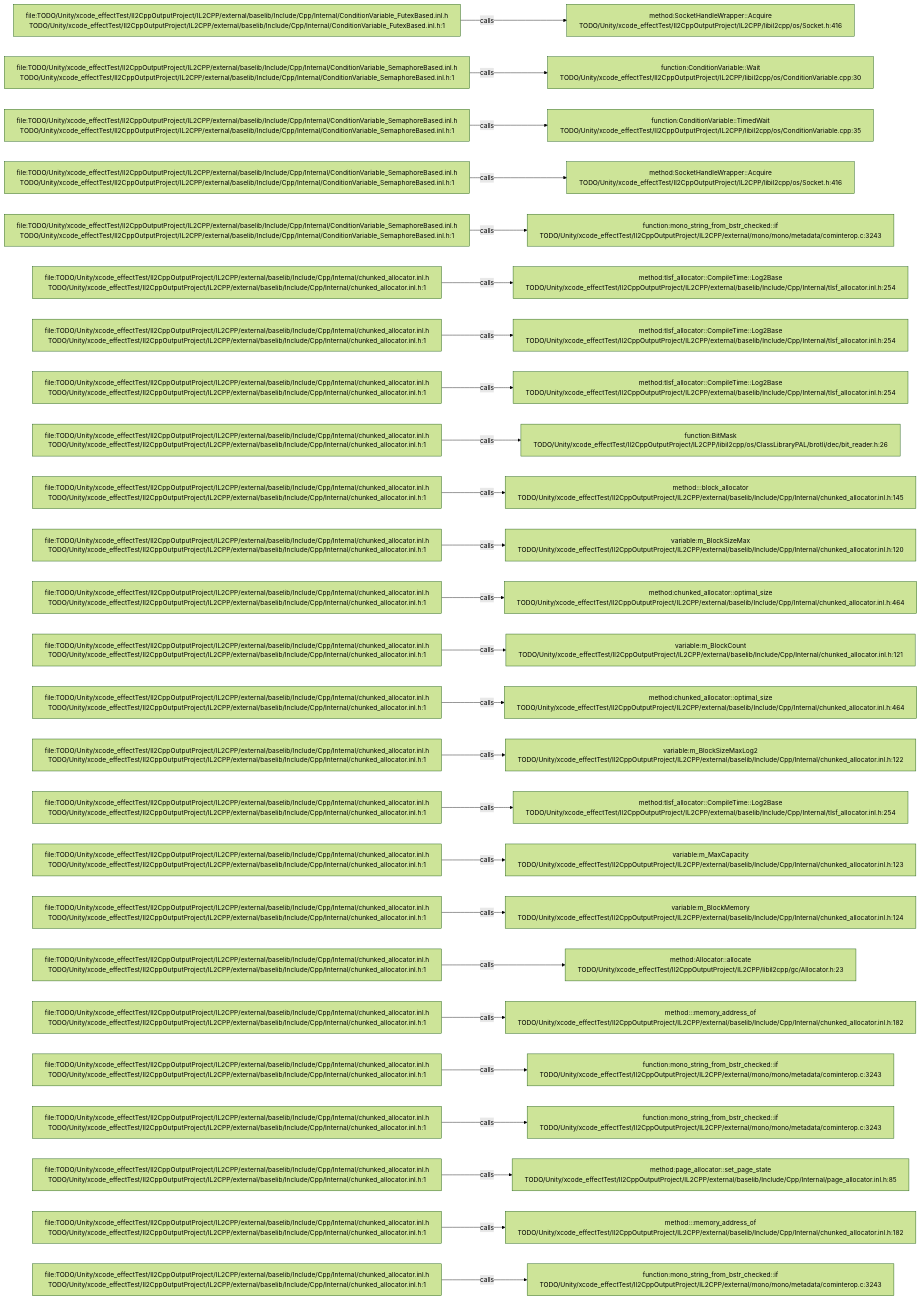
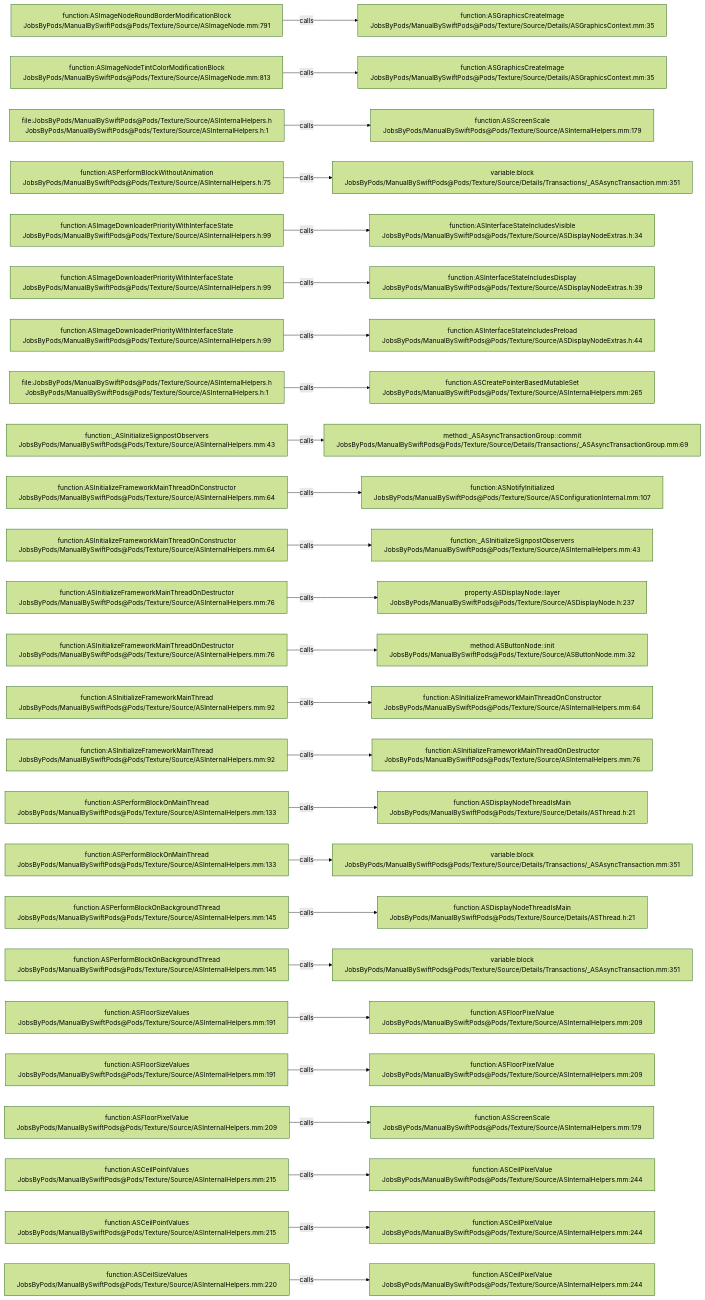
Before and after one commit to JobsKits/JobsSwiftBaseConfigDemo: the diagram in .codegraph/codegraph.md/graphs/calls-062.md, drawn with Mermaid (forest theme). The commit also changed 2959 other files, not shown here.

````diff
--- a/.codegraph/codegraph.md/graphs/calls-062.md
+++ b/.codegraph/codegraph.md/graphs/calls-062.md
@@ -13,78 +13,78 @@
 ```mermaid
 flowchart LR
-  S1["file:TODO/Unity/xcode_effectTest/Il2CppOutputProject/IL2CPP/external/baselib/Include/Cpp/Internal/ConditionVariable_FutexBased.inl.h<br/>TODO/Unity/xcode_effectTest/Il2CppOutputProject/IL2CPP/external/baselib/Include/Cpp/Internal/ConditionVariable_FutexBased.inl.h:1"]
-  T1["method:SocketHandleWrapper::Acquire<br/>TODO/Unity/xcode_effectTest/Il2CppOutputProject/IL2CPP/libil2cpp/os/Socket.h:416"]
+  S1["function:ASImageNodeRoundBorderModificationBlock<br/>JobsByPods/ManualBySwiftPods@Pods/Texture/Source/ASImageNode.mm:791"]
+  T1["function:ASGraphicsCreateImage<br/>JobsByPods/ManualBySwiftPods@Pods/Texture/Source/Details/ASGraphicsContext.mm:35"]
   S1 -->|calls| T1
-  S2["file:TODO/Unity/xcode_effectTest/Il2CppOutputProject/IL2CPP/external/baselib/Include/Cpp/Internal/ConditionVariable_SemaphoreBased.inl.h<br/>TODO/Unity/xcode_effectTest/Il2CppOutputProject/IL2CPP/external/baselib/Include/Cpp/Internal/ConditionVariable_SemaphoreBased.inl.h:1"]
-  T2["function:ConditionVariable::Wait<br/>TODO/Unity/xcode_effectTest/Il2CppOutputProject/IL2CPP/libil2cpp/os/ConditionVariable.cpp:30"]
+  S2["function:ASImageNodeTintColorModificationBlock<br/>JobsByPods/ManualBySwiftPods@Pods/Texture/Source/ASImageNode.mm:813"]
+  T2["function:ASGraphicsCreateImage<br/>JobsByPods/ManualBySwiftPods@Pods/Texture/Source/Details/ASGraphicsContext.mm:35"]
   S2 -->|calls| T2
-  S3["file:TODO/Unity/xcode_effectTest/Il2CppOutputProject/IL2CPP/external/baselib/Include/Cpp/Internal/ConditionVariable_SemaphoreBased.inl.h<br/>TODO/Unity/xcode_effectTest/Il2CppOutputProject/IL2CPP/external/baselib/Include/Cpp/Internal/ConditionVariable_SemaphoreBased.inl.h:1"]
-  T3["function:ConditionVariable::TimedWait<br/>TODO/Unity/xcode_effectTest/Il2CppOutputProject/IL2CPP/libil2cpp/os/ConditionVariable.cpp:35"]
+  S3["file:JobsByPods/ManualBySwiftPods@Pods/Texture/Source/ASInternalHelpers.h<br/>JobsByPods/ManualBySwiftPods@Pods/Texture/Source/ASInternalHelpers.h:1"]
+  T3["function:ASScreenScale<br/>JobsByPods/ManualBySwiftPods@Pods/Texture/Source/ASInternalHelpers.mm:179"]
   S3 -->|calls| T3
-  S4["file:TODO/Unity/xcode_effectTest/Il2CppOutputProject/IL2CPP/external/baselib/Include/Cpp/Internal/ConditionVariable_SemaphoreBased.inl.h<br/>TODO/Unity/xcode_effectTest/Il2CppOutputProject/IL2CPP/external/baselib/Include/Cpp/Internal/ConditionVariable_SemaphoreBased.inl.h:1"]
-  T4["method:SocketHandleWrapper::Acquire<br/>TODO/Unity/xcode_effectTest/Il2CppOutputProject/IL2CPP/libil2cpp/os/Socket.h:416"]
+  S4["function:ASPerformBlockWithoutAnimation<br/>JobsByPods/ManualBySwiftPods@Pods/Texture/Source/ASInternalHelpers.h:75"]
+  T4["variable:block<br/>JobsByPods/ManualBySwiftPods@Pods/Texture/Source/Details/Transactions/_ASAsyncTransaction.mm:351"]
   S4 -->|calls| T4
-  S5["file:TODO/Unity/xcode_effectTest/Il2CppOutputProject/IL2CPP/external/baselib/Include/Cpp/Internal/ConditionVariable_SemaphoreBased.inl.h<br/>TODO/Unity/xcode_effectTest/Il2CppOutputProject/IL2CPP/external/baselib/Include/Cpp/Internal/ConditionVariable_SemaphoreBased.inl.h:1"]
-  T5["function:mono_string_from_bstr_checked::if<br/>TODO/Unity/xcode_effectTest/Il2CppOutputProject/IL2CPP/external/mono/mono/metadata/cominterop.c:3243"]
+  S5["function:ASImageDownloaderPriorityWithInterfaceState<br/>JobsByPods/ManualBySwiftPods@Pods/Texture/Source/ASInternalHelpers.h:99"]
+  T5["function:ASInterfaceStateIncludesVisible<br/>JobsByPods/ManualBySwiftPods@Pods/Texture/Source/ASDisplayNodeExtras.h:34"]
   S5 -->|calls| T5
-  S6["file:TODO/Unity/xcode_effectTest/Il2CppOutputProject/IL2CPP/external/baselib/Include/Cpp/Internal/chunked_allocator.inl.h<br/>TODO/Unity/xcode_effectTest/Il2CppOutputProject/IL2CPP/external/baselib/Include/Cpp/Internal/chunked_allocator.inl.h:1"]
-  T6["method:tlsf_allocator::CompileTime::Log2Base<br/>TODO/Unity/xcode_effectTest/Il2CppOutputProject/IL2CPP/external/baselib/Include/Cpp/Internal/tlsf_allocator.inl.h:254"]
+  S6["function:ASImageDownloaderPriorityWithInterfaceState<br/>JobsByPods/ManualBySwiftPods@Pods/Texture/Source/ASInternalHelpers.h:99"]
+  T6["function:ASInterfaceStateIncludesDisplay<br/>JobsByPods/ManualBySwiftPods@Pods/Texture/Source/ASDisplayNodeExtras.h:39"]
   S6 -->|calls| T6
-  S7["file:TODO/Unity/xcode_effectTest/Il2CppOutputProject/IL2CPP/external/baselib/Include/Cpp/Internal/chunked_allocator.inl.h<br/>TODO/Unity/xcode_effectTest/Il2CppOutputProject/IL2CPP/external/baselib/Include/Cpp/Internal/chunked_allocator.inl.h:1"]
-  T7["method:tlsf_allocator::CompileTime::Log2Base<br/>TODO/Unity/xcode_effectTest/Il2CppOutputProject/IL2CPP/external/baselib/Include/Cpp/Internal/tlsf_allocator.inl.h:254"]
+  S7["function:ASImageDownloaderPriorityWithInterfaceState<br/>JobsByPods/ManualBySwiftPods@Pods/Texture/Source/ASInternalHelpers.h:99"]
+  T7["function:ASInterfaceStateIncludesPreload<br/>JobsByPods/ManualBySwiftPods@Pods/Texture/Source/ASDisplayNodeExtras.h:44"]
   S7 -->|calls| T7
-  S8["file:TODO/Unity/xcode_effectTest/Il2CppOutputProject/IL2CPP/external/baselib/Include/Cpp/Internal/chunked_allocator.inl.h<br/>TODO/Unity/xcode_effectTest/Il2CppOutputProject/IL2CPP/external/baselib/Include/Cpp/Internal/chunked_allocator.inl.h:1"]
-  T8["method:tlsf_allocator::CompileTime::Log2Base<br/>TODO/Unity/xcode_effectTest/Il2CppOutputProject/IL2CPP/external/baselib/Include/Cpp/Internal/tlsf_allocator.inl.h:254"]
+  S8["file:JobsByPods/ManualBySwiftPods@Pods/Texture/Source/ASInternalHelpers.h<br/>JobsByPods/ManualBySwiftPods@Pods/Texture/Source/ASInternalHelpers.h:1"]
+  T8["function:ASCreatePointerBasedMutableSet<br/>JobsByPods/ManualBySwiftPods@Pods/Texture/Source/ASInternalHelpers.mm:265"]
   S8 -->|calls| T8
-  S9["file:TODO/Unity/xcode_effectTest/Il2CppOutputProject/IL2CPP/external/baselib/Include/Cpp/Internal/chunked_allocator.inl.h<br/>TODO/Unity/xcode_effectTest/Il2CppOutputProject/IL2CPP/external/baselib/Include/Cpp/Internal/chunked_allocator.inl.h:1"]
-  T9["function:BitMask<br/>TODO/Unity/xcode_effectTest/Il2CppOutputProject/IL2CPP/libil2cpp/os/ClassLibraryPAL/brotli/dec/bit_reader.h:26"]
+  S9["function:_ASInitializeSignpostObservers<br/>JobsByPods/ManualBySwiftPods@Pods/Texture/Source/ASInternalHelpers.mm:43"]
+  T9["method:_ASAsyncTransactionGroup::commit<br/>JobsByPods/ManualBySwiftPods@Pods/Texture/Source/Details/Transactions/_ASAsyncTransactionGroup.mm:69"]
   S9 -->|calls| T9
-  S10["file:TODO/Unity/xcode_effectTest/Il2CppOutputProject/IL2CPP/external/baselib/Include/Cpp/Internal/chunked_allocator.inl.h<br/>TODO/Unity/xcode_effectTest/Il2CppOutputProject/IL2CPP/external/baselib/Include/Cpp/Internal/chunked_allocator.inl.h:1"]
-  T10["method:<anonymous>::block_allocator<br/>TODO/Unity/xcode_effectTest/Il2CppOutputProject/IL2CPP/external/baselib/Include/Cpp/Internal/chunked_allocator.inl.h:145"]
+  S10["function:ASInitializeFrameworkMainThreadOnConstructor<br/>JobsByPods/ManualBySwiftPods@Pods/Texture/Source/ASInternalHelpers.mm:64"]
+  T10["function:ASNotifyInitialized<br/>JobsByPods/ManualBySwiftPods@Pods/Texture/Source/ASConfigurationInternal.mm:107"]
   S10 -->|calls| T10
-  S11["file:TODO/Unity/xcode_effectTest/Il2CppOutputProject/IL2CPP/external/baselib/Include/Cpp/Internal/chunked_allocator.inl.h<br/>TODO/Unity/xcode_effectTest/Il2CppOutputProject/IL2CPP/external/baselib/Include/Cpp/Internal/chunked_allocator.inl.h:1"]
-  T11["variable:m_BlockSizeMax<br/>TODO/Unity/xcode_effectTest/Il2CppOutputProject/IL2CPP/external/baselib/Include/Cpp/Internal/chunked_allocator.inl.h:120"]
+  S11["function:ASInitializeFrameworkMainThreadOnConstructor<br/>JobsByPods/ManualBySwiftPods@Pods/Texture/Source/ASInternalHelpers.mm:64"]
+  T11["function:_ASInitializeSignpostObservers<br/>JobsByPods/ManualBySwiftPods@Pods/Texture/Source/ASInternalHelpers.mm:43"]
   S11 -->|calls| T11
-  S12["file:TODO/Unity/xcode_effectTest/Il2CppOutputProject/IL2CPP/external/baselib/Include/Cpp/Internal/chunked_allocator.inl.h<br/>TODO/Unity/xcode_effectTest/Il2CppOutputProject/IL2CPP/external/baselib/Include/Cpp/Internal/chunked_allocator.inl.h:1"]
-  T12["method:chunked_allocator::optimal_size<br/>TODO/Unity/xcode_effectTest/Il2CppOutputProject/IL2CPP/external/baselib/Include/Cpp/Internal/chunked_allocator.inl.h:464"]
+  S12["function:ASInitializeFrameworkMainThreadOnDestructor<br/>JobsByPods/ManualBySwiftPods@Pods/Texture/Source/ASInternalHelpers.mm:76"]
+  T12["property:ASDisplayNode::layer<br/>JobsByPods/ManualBySwiftPods@Pods/Texture/Source/ASDisplayNode.h:237"]
   S12 -->|calls| T12
-  S13["file:TODO/Unity/xcode_effectTest/Il2CppOutputProject/IL2CPP/external/baselib/Include/Cpp/Internal/chunked_allocator.inl.h<br/>TODO/Unity/xcode_effectTest/Il2CppOutputProject/IL2CPP/external/baselib/Include/Cpp/Internal/chunked_allocator.inl.h:1"]
-  T13["variable:m_BlockCount<br/>TODO/Unity/xcode_effectTest/Il2CppOutputProject/IL2CPP/external/baselib/Include/Cpp/Internal/chunked_allocator.inl.h:121"]
+  S13["function:ASInitializeFrameworkMainThreadOnDestructor<br/>JobsByPods/ManualBySwiftPods@Pods/Texture/Source/ASInternalHelpers.mm:76"]
+  T13["method:ASButtonNode::init<br/>JobsByPods/ManualBySwiftPods@Pods/Texture/Source/ASButtonNode.mm:32"]
   S13 -->|calls| T13
-  S14["file:TODO/Unity/xcode_effectTest/Il2CppOutputProject/IL2CPP/external/baselib/Include/Cpp/Internal/chunked_allocator.inl.h<br/>TODO/Unity/xcode_effectTest/Il2CppOutputProject/IL2CPP/external/baselib/Include/Cpp/Internal/chunked_allocator.inl.h:1"]
-  T14["method:chunked_allocator::optimal_size<br/>TODO/Unity/xcode_effectTest/Il2CppOutputProject/IL2CPP/external/baselib/Include/Cpp/Internal/chunked_allocator.inl.h:464"]
+  S14["function:ASInitializeFrameworkMainThread<br/>JobsByPods/ManualBySwiftPods@Pods/Texture/Source/ASInternalHelpers.mm:92"]
+  T14["function:ASInitializeFrameworkMainThreadOnConstructor<br/>JobsByPods/ManualBySwiftPods@Pods/Texture/Source/ASInternalHelpers.mm:64"]
   S14 -->|calls| T14
-  S15["file:TODO/Unity/xcode_effectTest/Il2CppOutputProject/IL2CPP/external/baselib/Include/Cpp/Internal/chunked_allocator.inl.h<br/>TODO/Unity/xcode_effectTest/Il2CppOutputProject/IL2CPP/external/baselib/Include/Cpp/Internal/chunked_allocator.inl.h:1"]
-  T15["variable:m_BlockSizeMaxLog2<br/>TODO/Unity/xcode_effectTest/Il2CppOutputProject/IL2CPP/external/baselib/Include/Cpp/Internal/chunked_allocator.inl.h:122"]
+  S15["function:ASInitializeFrameworkMainThread<br/>JobsByPods/ManualBySwiftPods@Pods/Texture/Source/ASInternalHelpers.mm:92"]
+  T15["function:ASInitializeFrameworkMainThreadOnDestructor<br/>JobsByPods/ManualBySwiftPods@Pods/Texture/Source/ASInternalHelpers.mm:76"]
   S15 -->|calls| T15
-  S16["file:TODO/Unity/xcode_effectTest/Il2CppOutputProject/IL2CPP/external/baselib/Include/Cpp/Internal/chunked_allocator.inl.h<br/>TODO/Unity/xcode_effectTest/Il2CppOutputProject/IL2CPP/external/baselib/Include/Cpp/Internal/chunked_allocator.inl.h:1"]
-  T16["method:tlsf_allocator::CompileTime::Log2Base<br/>TODO/Unity/xcode_effectTest/Il2CppOutputProject/IL2CPP/external/baselib/Include/Cpp/Internal/tlsf_allocator.inl.h:254"]
+  S16["function:ASPerformBlockOnMainThread<br/>JobsByPods/ManualBySwiftPods@Pods/Texture/Source/ASInternalHelpers.mm:133"]
+  T16["function:ASDisplayNodeThreadIsMain<br/>JobsByPods/ManualBySwiftPods@Pods/Texture/Source/Details/ASThread.h:21"]
   S16 -->|calls| T16
-  S17["file:TODO/Unity/xcode_effectTest/Il2CppOutputProject/IL2CPP/external/baselib/Include/Cpp/Internal/chunked_allocator.inl.h<br/>TODO/Unity/xcode_effectTest/Il2CppOutputProject/IL2CPP/external/baselib/Include/Cpp/Internal/chunked_allocator.inl.h:1"]
-  T17["variable:m_MaxCapacity<br/>TODO/Unity/xcode_effectTest/Il2CppOutputProject/IL2CPP/external/baselib/Include/Cpp/Internal/chunked_allocator.inl.h:123"]
+  S17["function:ASPerformBlockOnMainThread<br/>JobsByPods/ManualBySwiftPods@Pods/Texture/Source/ASInternalHelpers.mm:133"]
+  T17["variable:block<br/>JobsByPods/ManualBySwiftPods@Pods/Texture/Source/Details/Transactions/_ASAsyncTransaction.mm:351"]
   S17 -->|calls| T17
-  S18["file:TODO/Unity/xcode_effectTest/Il2CppOutputProject/IL2CPP/external/baselib/Include/Cpp/Internal/chunked_allocator.inl.h<br/>TODO/Unity/xcode_effectTest/Il2CppOutputProject/IL2CPP/external/baselib/Include/Cpp/Internal/chunked_allocator.inl.h:1"]
-  T18["variable:m_BlockMemory<br/>TODO/Unity/xcode_effectTest/Il2CppOutputProject/IL2CPP/external/baselib/Include/Cpp/Internal/chunked_allocator.inl.h:124"]
+  S18["function:ASPerformBlockOnBackgroundThread<br/>JobsByPods/ManualBySwiftPods@Pods/Texture/Source/ASInternalHelpers.mm:145"]
+  T18["function:ASDisplayNodeThreadIsMain<br/>JobsByPods/ManualBySwiftPods@Pods/Texture/Source/Details/ASThread.h:21"]
   S18 -->|calls| T18
-  S19["file:TODO/Unity/xcode_effectTest/Il2CppOutputProject/IL2CPP/external/baselib/Include/Cpp/Internal/chunked_allocator.inl.h<br/>TODO/Unity/xcode_effectTest/Il2CppOutputProject/IL2CPP/external/baselib/Include/Cpp/Internal/chunked_allocator.inl.h:1"]
-  T19["method:Allocator::allocate<br/>TODO/Unity/xcode_effectTest/Il2CppOutputProject/IL2CPP/libil2cpp/gc/Allocator.h:23"]
+  S19["function:ASPerformBlockOnBackgroundThread<br/>JobsByPods/ManualBySwiftPods@Pods/Texture/Source/ASInternalHelpers.mm:145"]
+  T19["variable:block<br/>JobsByPods/ManualBySwiftPods@Pods/Texture/Source/Details/Transactions/_ASAsyncTransaction.mm:351"]
   S19 -->|calls| T19
-  S20["file:TODO/Unity/xcode_effectTest/Il2CppOutputProject/IL2CPP/external/baselib/Include/Cpp/Internal/chunked_allocator.inl.h<br/>TODO/Unity/xcode_effectTest/Il2CppOutputProject/IL2CPP/external/baselib/Include/Cpp/Internal/chunked_allocator.inl.h:1"]
-  T20["method:<anonymous>::memory_address_of<br/>TODO/Unity/xcode_effectTest/Il2CppOutputProject/IL2CPP/external/baselib/Include/Cpp/Internal/chunked_allocator.inl.h:182"]
+  S20["function:ASFloorSizeValues<br/>JobsByPods/ManualBySwiftPods@Pods/Texture/Source/ASInternalHelpers.mm:191"]
+  T20["function:ASFloorPixelValue<br/>JobsByPods/ManualBySwiftPods@Pods/Texture/Source/ASInternalHelpers.mm:209"]
   S20 -->|calls| T20
-  S21["file:TODO/Unity/xcode_effectTest/Il2CppOutputProject/IL2CPP/external/baselib/Include/Cpp/Internal/chunked_allocator.inl.h<br/>TODO/Unity/xcode_effectTest/Il2CppOutputProject/IL2CPP/external/baselib/Include/Cpp/Internal/chunked_allocator.inl.h:1"]
-  T21["function:mono_string_from_bstr_checked::if<br/>TODO/Unity/xcode_effectTest/Il2CppOutputProject/IL2CPP/external/mono/mono/metadata/cominterop.c:3243"]
+  S21["function:ASFloorSizeValues<br/>JobsByPods/ManualBySwiftPods@Pods/Texture/Source/ASInternalHelpers.mm:191"]
+  T21["function:ASFloorPixelValue<br/>JobsByPods/ManualBySwiftPods@Pods/Texture/Source/ASInternalHelpers.mm:209"]
   S21 -->|calls| T21
-  S22["file:TODO/Unity/xcode_effectTest/Il2CppOutputProject/IL2CPP/external/baselib/Include/Cpp/Internal/chunked_allocator.inl.h<br/>TODO/Unity/xcode_effectTest/Il2CppOutputProject/IL2CPP/external/baselib/Include/Cpp/Internal/chunked_allocator.inl.h:1"]
-  T22["function:mono_string_from_bstr_checked::if<br/>TODO/Unity/xcode_effectTest/Il2CppOutputProject/IL2CPP/external/mono/mono/metadata/cominterop.c:3243"]
+  S22["function:ASFloorPixelValue<br/>JobsByPods/ManualBySwiftPods@Pods/Texture/Source/ASInternalHelpers.mm:209"]
+  T22["function:ASScreenScale<br/>JobsByPods/ManualBySwiftPods@Pods/Texture/Source/ASInternalHelpers.mm:179"]
   S22 -->|calls| T22
-  S23["file:TODO/Unity/xcode_effectTest/Il2CppOutputProject/IL2CPP/external/baselib/Include/Cpp/Internal/chunked_allocator.inl.h<br/>TODO/Unity/xcode_effectTest/Il2CppOutputProject/IL2CPP/external/baselib/Include/Cpp/Internal/chunked_allocator.inl.h:1"]
-  T23["method:page_allocator::set_page_state<br/>TODO/Unity/xcode_effectTest/Il2CppOutputProject/IL2CPP/external/baselib/Include/Cpp/Internal/page_allocator.inl.h:85"]
+  S23["function:ASCeilPointValues<br/>JobsByPods/ManualBySwiftPods@Pods/Texture/Source/ASInternalHelpers.mm:215"]
+  T23["function:ASCeilPixelValue<br/>JobsByPods/ManualBySwiftPods@Pods/Texture/Source/ASInternalHelpers.mm:244"]
   S23 -->|calls| T23
-  S24["file:TODO/Unity/xcode_effectTest/Il2CppOutputProject/IL2CPP/external/baselib/Include/Cpp/Internal/chunked_allocator.inl.h<br/>TODO/Unity/xcode_effectTest/Il2CppOutputProject/IL2CPP/external/baselib/Include/Cpp/Internal/chunked_allocator.inl.h:1"]
-  T24["method:<anonymous>::memory_address_of<br/>TODO/Unity/xcode_effectTest/Il2CppOutputProject/IL2CPP/external/baselib/Include/Cpp/Internal/chunked_allocator.inl.h:182"]
+  S24["function:ASCeilPointValues<br/>JobsByPods/ManualBySwiftPods@Pods/Texture/Source/ASInternalHelpers.mm:215"]
+  T24["function:ASCeilPixelValue<br/>JobsByPods/ManualBySwiftPods@Pods/Texture/Source/ASInternalHelpers.mm:244"]
   S24 -->|calls| T24
-  S25["file:TODO/Unity/xcode_effectTest/Il2CppOutputProject/IL2CPP/external/baselib/Include/Cpp/Internal/chunked_allocator.inl.h<br/>TODO/Unity/xcode_effectTest/Il2CppOutputProject/IL2CPP/external/baselib/Include/Cpp/Internal/chunked_allocator.inl.h:1"]
-  T25["function:mono_string_from_bstr_checked::if<br/>TODO/Unity/xcode_effectTest/Il2CppOutputProject/IL2CPP/external/mono/mono/metadata/cominterop.c:3243"]
+  S25["function:ASCeilSizeValues<br/>JobsByPods/ManualBySwiftPods@Pods/Texture/Source/ASInternalHelpers.mm:220"]
+  T25["function:ASCeilPixelValue<br/>JobsByPods/ManualBySwiftPods@Pods/Texture/Source/ASInternalHelpers.mm:244"]
   S25 -->|calls| T25
 ```
````
